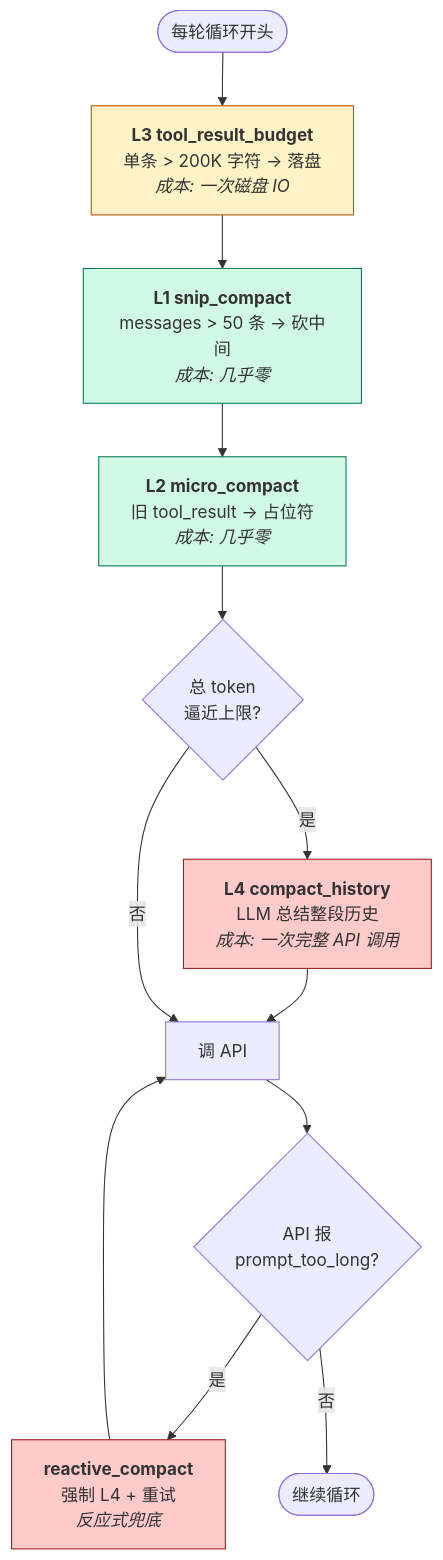
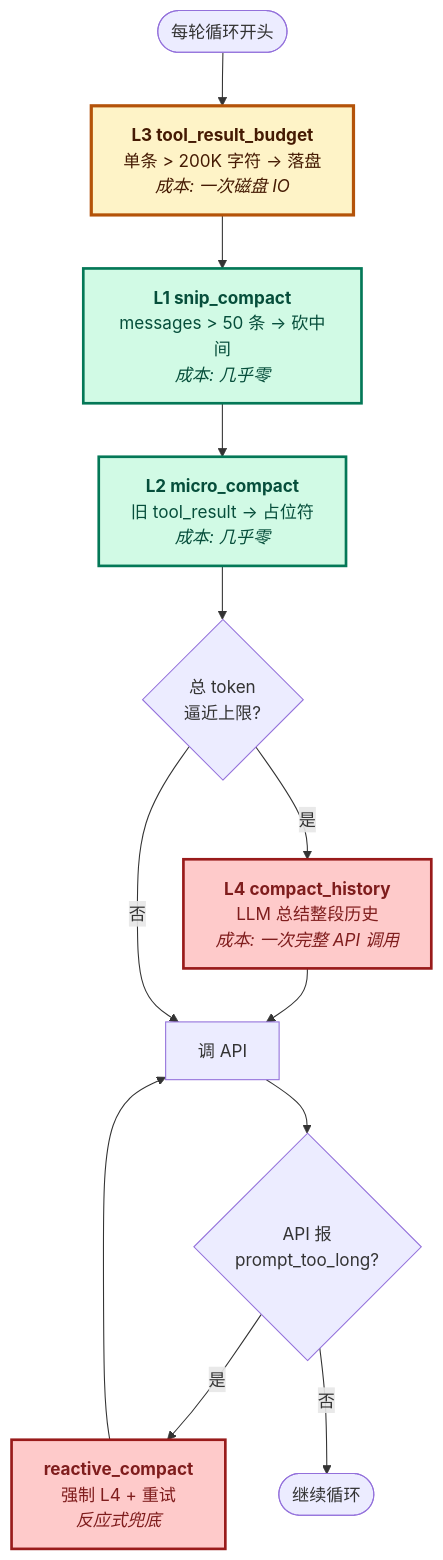
One commit to PyrePuin/From-Zero-LLM-Agent-Infra-Notes changed the diagram in Agent/Harness/Claude Code/Phase 2 - 上下文治理/08 - Context Compact.md. Above: the diagram before and after it, drawn with Mermaid. The commit also changed 23 other files, not shown here.

First line of the commit message:
refactor(mermaid): 统一所有图的视觉规范

````diff
--- a/Agent/Harness/Claude Code/Phase 2 - 上下文治理/08 - Context Compact.md
+++ b/Agent/Harness/Claude Code/Phase 2 - 上下文治理/08 - Context Compact.md
@@ -36,26 +36,27 @@
 ```mermaid
+%%{init: {'themeVariables': {'fontSize': '16px', 'fontFamily': 'ui-sans-serif, system-ui, -apple-system, "Segoe UI", Roboto, sans-serif'}}}%%
 flowchart TD
     Start(["每轮循环开头"])
     L3["<b>L3 tool_result_budget</b><br/>单条 > 200K 字符 → 落盘<br/><i>成本: 一次磁盘 IO</i>"]
     L1["<b>L1 snip_compact</b><br/>messages > 50 条 → 砍中间<br/><i>成本: 几乎零</i>"]
     L2["<b>L2 micro_compact</b><br/>旧 tool_result → 占位符<br/><i>成本: 几乎零</i>"]
     Check{总 token<br/>逼近上限?}
     L4["<b>L4 compact_history</b><br/>LLM 总结整段历史<br/><i>成本: 一次完整 API 调用</i>"]
     Call["调 API"]
     Err{API 报<br/>prompt_too_long?}
     React["<b>reactive_compact</b><br/>强制 L4 + 重试<br/><i>反应式兜底</i>"]
     Done(["继续循环"])
 
     Start --> L3 --> L1 --> L2 --> Check
     Check -->|是| L4 --> Call
     Check -->|否| Call
     Call --> Err
     Err -->|是| React --> Call
     Err -->|否| Done
 
-    style L1 fill:#d1fae5,stroke:#047857
-    style L2 fill:#d1fae5,stroke:#047857
-    style L3 fill:#fef3c7,stroke:#b45309
-    style L4 fill:#fecaca,stroke:#991b1b
-    style React fill:#fecaca,stroke:#991b1b
+    style L1 fill:#d1fae5,stroke:#047857,stroke-width:2.5px,color:#064e3b
+    style L2 fill:#d1fae5,stroke:#047857,stroke-width:2.5px,color:#064e3b
+    style L3 fill:#fef3c7,stroke:#b45309,stroke-width:3px,color:#451a03
+    style L4 fill:#fecaca,stroke:#991b1b,stroke-width:2.5px,color:#7f1d1d
+    style React fill:#fecaca,stroke:#991b1b,stroke-width:2.5px,color:#7f1d1d
 ```
````
